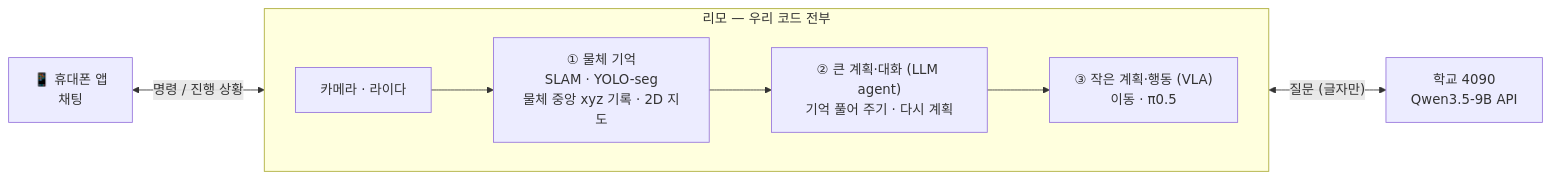
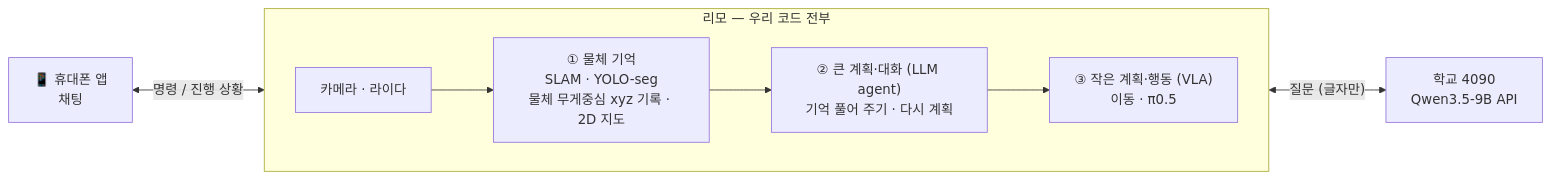
Before and after one commit to juyoung020/robot-agent: the diagram in docs/plan.md, drawn with Mermaid. The commit also changed other lines of this file and 1 other file, not shown here.

Commit message:
물체 위치 기준: YOLO-seg 마스크 무게중심 + depth → xyz / 서브모듈 갱신

````diff
--- a/docs/plan.md
+++ b/docs/plan.md
@@ -15,13 +15,13 @@
 ```mermaid
 flowchart LR
     APP["📱 휴대폰 앱<br/>채팅"]
     subgraph LIMO["리모 — 우리 코드 전부"]
         direction LR
-        S["카메라 · 라이다"] --> M["① 물체 기억<br/>SLAM · YOLO-seg<br/>물체 중앙 xyz 기록 · 2D 지도"]
+        S["카메라 · 라이다"] --> M["① 물체 기억<br/>SLAM · YOLO-seg<br/>물체 무게중심 xyz 기록 · 2D 지도"]
         M --> A["② 큰 계획·대화 (LLM agent)<br/>기억 풀어 주기 · 다시 계획"]
         A --> V["③ 작은 계획·행동 (VLA)<br/>이동 · π0.5"]
     end
     Q["학교 4090<br/>Qwen3.5-9B API"]
     APP <-->|"명령 / 진행 상황"| A
     A <-->|"질문 (글자만)"| Q
 ```
````
